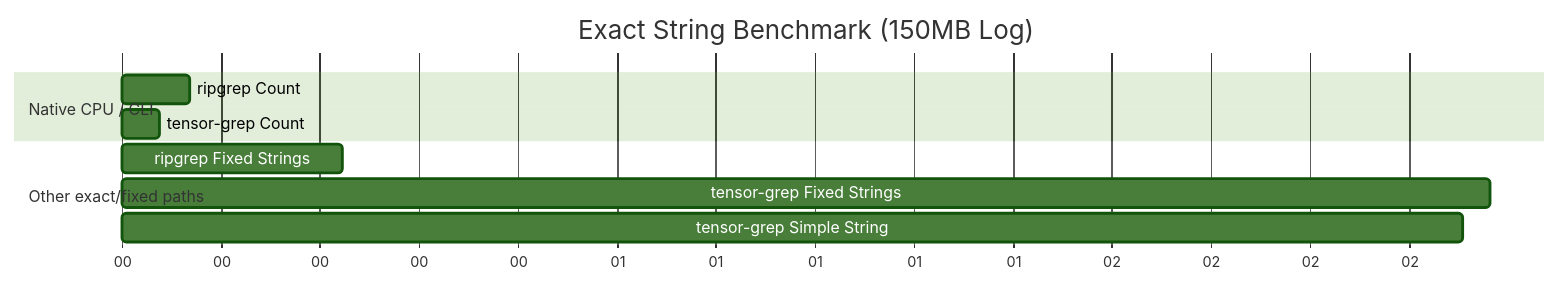
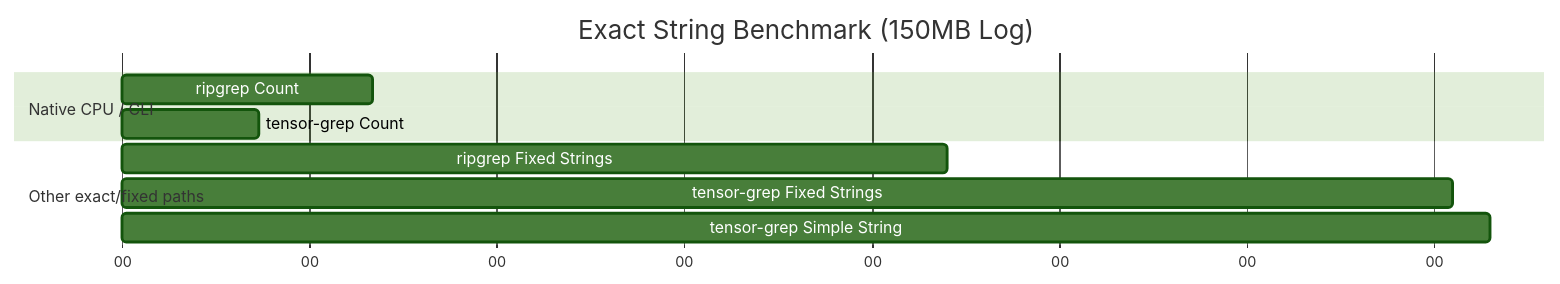
The third of 3 diagrams in docs/PAPER.md (oimiragieo/tensor-grep), drawn with Mermaid (forest theme) before and after one commit. The commit also changed other lines of this file and 1 other file, not shown here.

````diff
--- a/docs/PAPER.md
+++ b/docs/PAPER.md
@@ -124,15 +124,15 @@
 ```mermaid
 gantt
     title Exact String Benchmark (150MB Log)
     dateFormat  s
     axisFormat %S
     
     section Native CPU / CLI
-    ripgrep Count              :a1, 0, 0.136s
-    tensor-grep Count          :a2, 0, 0.075s
+    ripgrep Count              :a1, 0, 0.134s
+    tensor-grep Count          :a2, 0, 0.073s
     
     section Other exact/fixed paths
-    ripgrep Fixed Strings      :a3, 0, 0.445s
-    tensor-grep Fixed Strings  :a4, 0, 2.764s
-    tensor-grep Simple String  :a5, 0, 2.708s
+    ripgrep Fixed Strings      :a3, 0, 0.440s
+    tensor-grep Fixed Strings  :a4, 0, 0.710s
+    tensor-grep Simple String  :a5, 0, 0.730s
 ```
````
